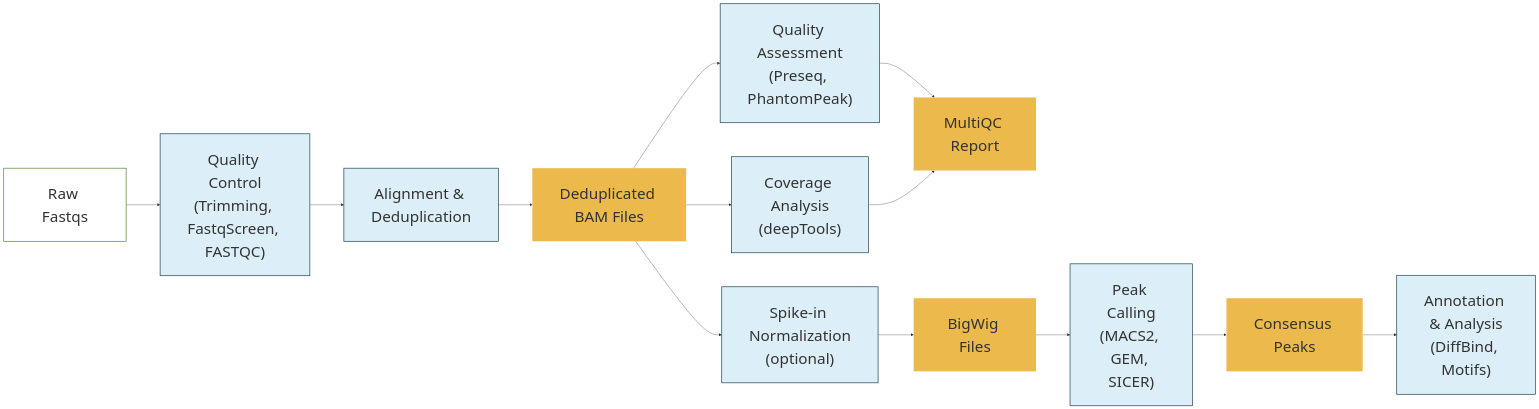
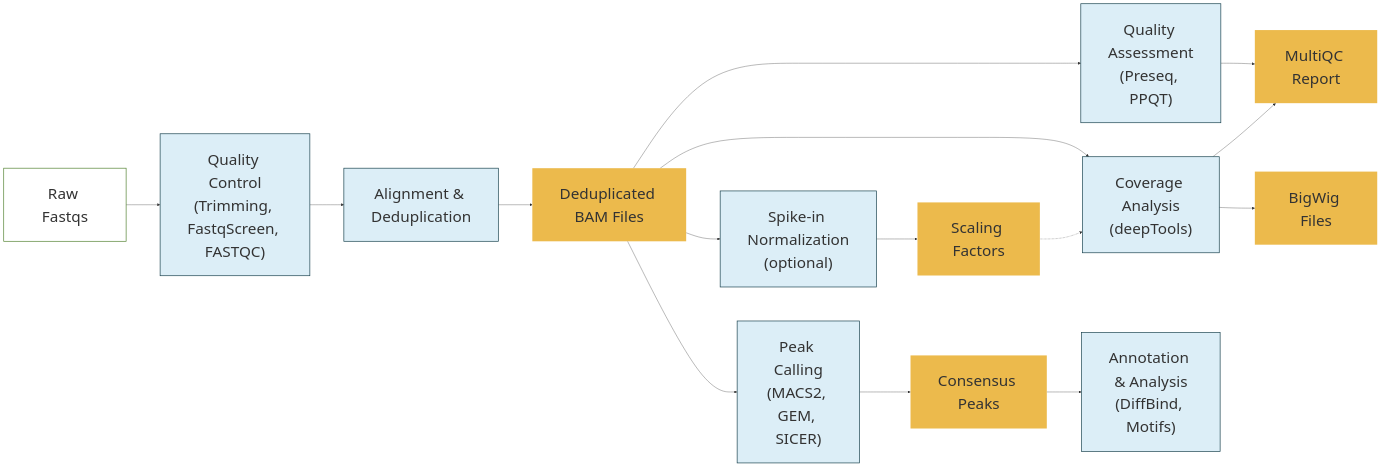
One commit to CCBR/CHAMPAGNE changed the diagram in docs/diagram/overview.mermaid. Above: the diagram before and after it, drawn with Mermaid. The commit also changed 3 other files, not shown here.

Commit message:
docs: update diagram details

```diff
--- a/docs/diagram/overview.mermaid
+++ b/docs/diagram/overview.mermaid
@@ -1,34 +1,36 @@
 flowchart LR
 
 %%{init: {
     "themeVariables": {
       "background": "transparent",
       "fontSize": "45px" },
   "flowchart": {
     "nodeSpacing": 100,
     "rankSpacing": 100,
     "padding": 40,
     "htmlLabels": true
 }}}%%
 
   %% High-level stages
   Raw["Raw Fastqs"]:::input
   Raw --> QC["Quality Control<br/>(Trimming, FastqScreen, FASTQC)"]:::process
   QC --> Align["Alignment & Deduplication"]:::process
   Align --> BAMs["Deduplicated BAM Files"]:::output
 
-  BAMs --> Assessment["Quality Assessment<br/>(Preseq, PhantomPeak)"]:::process
+  BAMs --> Assessment["Quality Assessment<br/>(Preseq, PPQT)"]:::process
   BAMs --> Deeptools["Coverage Analysis<br/>(deepTools)"]:::process
   BAMs --> Norm["Spike-in Normalization<br/>(optional)"]:::process
+  Norm --> Scale["Scaling Factors"]:::output
+  Scale -.-> Deeptools
 
   Assessment --> Reports["MultiQC Report"]:::output
   Deeptools --> Reports
-  Norm --> Bigwigs["BigWig Files"]:::output
-  Bigwigs --> Peaks["Peak Calling<br/>(MACS2, GEM, SICER)"]:::process
+  Deeptools --> Bigwigs["BigWig Files"]:::output
+  BAMs --> Peaks["Peak Calling<br/>(MACS2, GEM, SICER)"]:::process
   Peaks --> Consensus["Consensus Peaks"]:::output
   Consensus --> Downstream["Annotation & Analysis<br/>(DiffBind, Motifs)"]:::process
 
   %% Styles - FNL branding theme
   classDef input fill:#ffffff,stroke:#528230,stroke-width:2px;
   classDef process fill:#dceef7,stroke:#19424e,stroke-width:2px;
   classDef output fill:#ecba4c,stroke:none;
```
